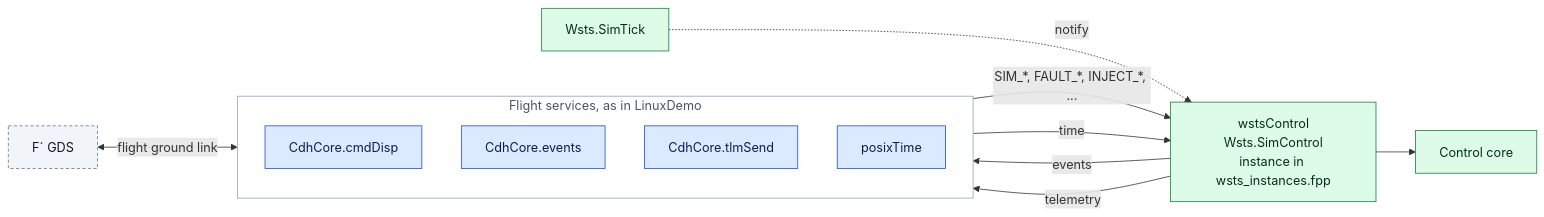
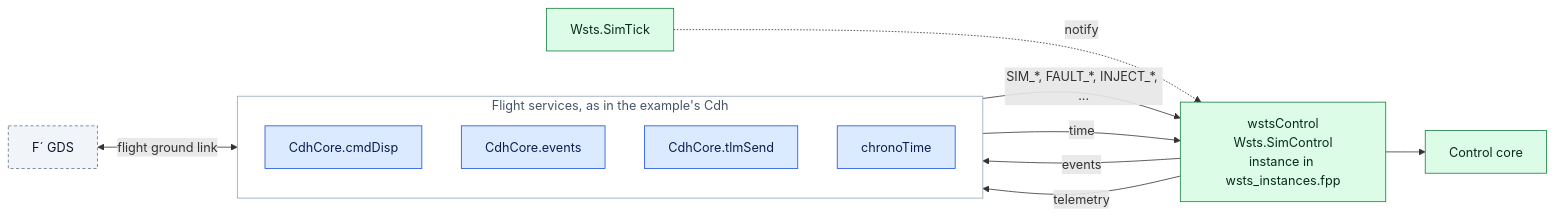
The eighth of 8 diagrams in docs/design.md (vincewoo/fprime-wsts), drawn with Mermaid before and after one commit. The commit also changed other lines of this file and 301 other files, not shown here.

````diff
--- a/docs/design.md
+++ b/docs/design.md
@@ -627,27 +628,27 @@
 ```mermaid
 flowchart LR
   gds["F´ GDS"]:::external
-  subgraph flight["Flight services, as in LinuxDemo"]
+  subgraph flight["Flight services, as in the example's Cdh"]
     direction TB
     disp["CdhCore.cmdDisp"]:::flight
     evt["CdhCore.events"]:::flight
     tlm["CdhCore.tlmSend"]:::flight
-    time["posixTime"]:::flight
+    time["chronoTime"]:::flight
   end
   ctl["wstsControl<br/>Wsts.SimControl<br/>instance in wsts_instances.fpp"]:::toolkit
   core["Control core"]:::toolkit
   tick["Wsts.SimTick"]:::toolkit
 
   gds <-->|"flight ground link"| flight
   disp -->|"SIM_*, FAULT_*, INJECT_*, ..."| ctl
   ctl -->|"events"| evt
   ctl -->|"telemetry"| tlm
   time -->|"time"| ctl
   ctl --> core
   tick -.->|"notify"| ctl
 
   classDef flight fill:#dbeafe,stroke:#1d4ed8,color:#0b1f4d
   classDef toolkit fill:#dcfce7,stroke:#15803d,color:#052e16
   classDef external fill:#f1f5f9,stroke:#64748b,color:#0f172a,stroke-dasharray:4 3
   style flight fill:none,stroke:#94a3b8,color:#475569
 ```
````
